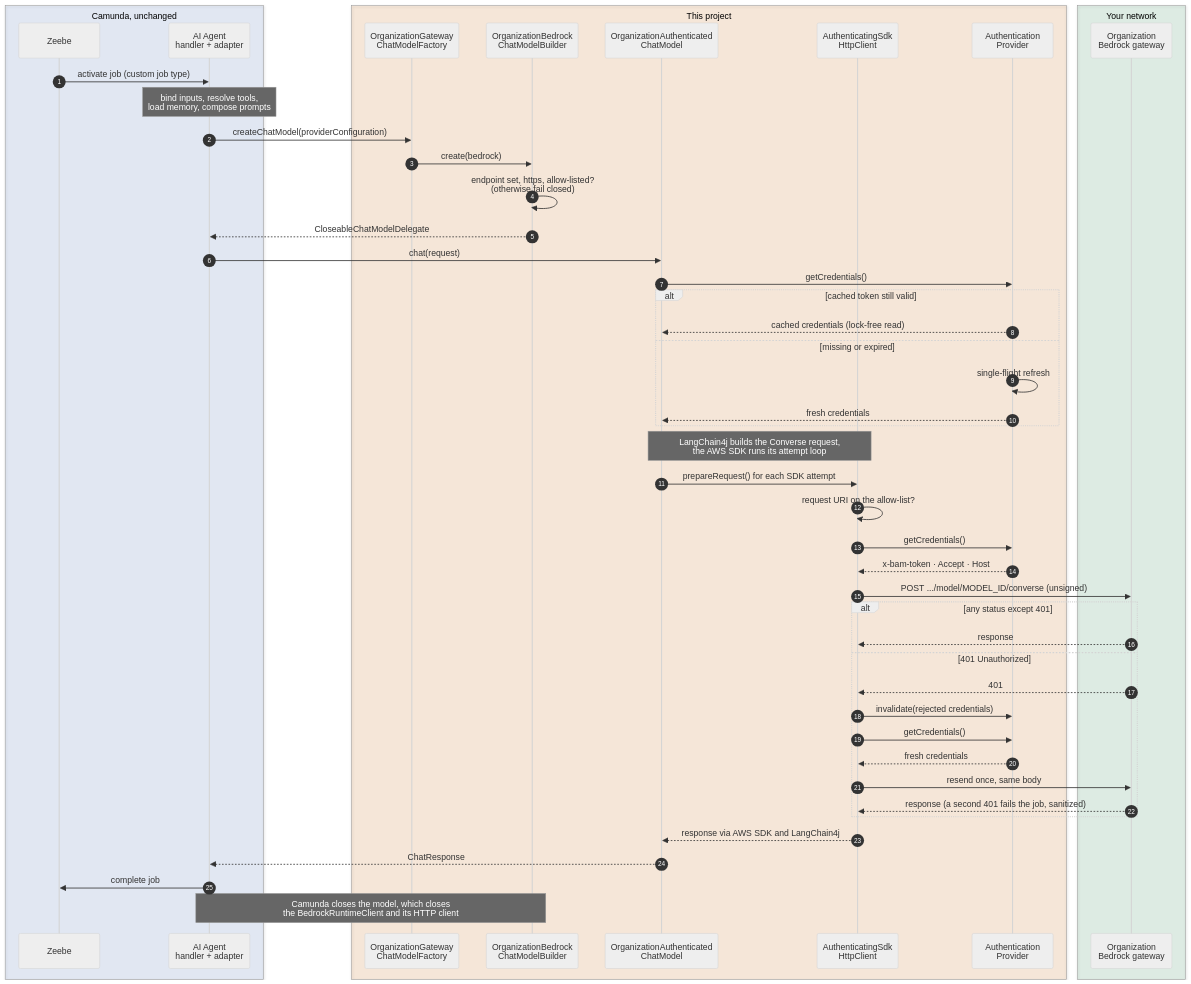
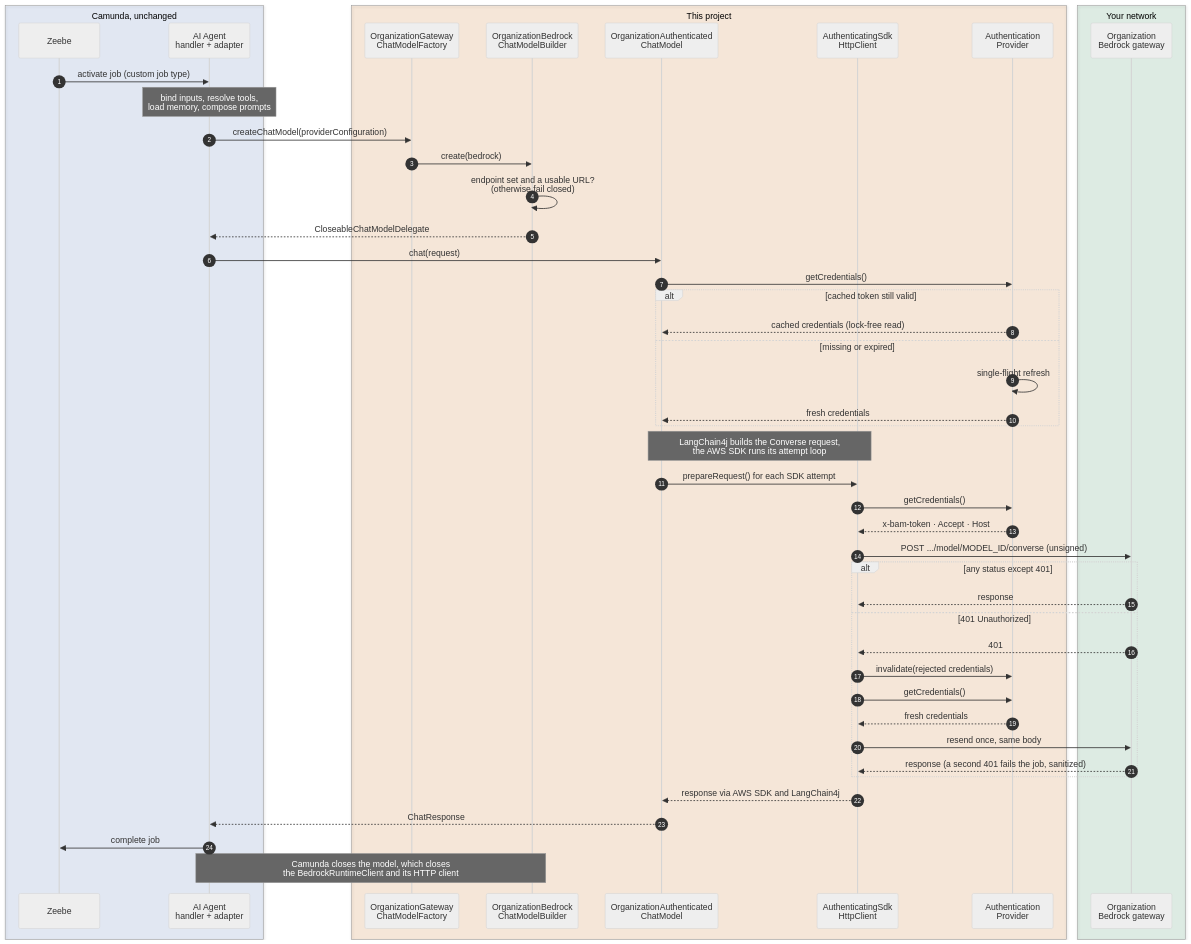
Before and after one commit to pranaykatariya/camunda-custom-bedrock-connector: the fifth of 5 diagrams in docs/ARCHITECTURE.md, drawn with Mermaid (neutral theme). The commit also changed other lines of this file and 25 other files, not shown here.

Commit message:
removed allowed list to pass any gateway endpoint

````diff
--- a/docs/ARCHITECTURE.md
+++ b/docs/ARCHITECTURE.md
@@ -235,53 +236,52 @@
 ```mermaid
 sequenceDiagram
     autonumber
     box rgba(74,123,208,0.12) Camunda, unchanged
         participant Z as Zeebe
         participant A as AI Agent<br/>handler + adapter
     end
     box rgba(240,138,36,0.14) This project
         participant F as OrganizationGateway<br/>ChatModelFactory
         participant B as OrganizationBedrock<br/>ChatModelBuilder
         participant M as OrganizationAuthenticated<br/>ChatModel
         participant H as AuthenticatingSdk<br/>HttpClient
         participant P as Authentication<br/>Provider
     end
     box rgba(46,158,91,0.12) Your network
         participant G as Organization<br/>Bedrock gateway
     end
 
     Z->>A: activate job (custom job type)
     Note over A: bind inputs, resolve tools,<br/>load memory, compose prompts
     A->>F: createChatModel(providerConfiguration)
     F->>B: create(bedrock)
-    B->>B: endpoint set, https, allow-listed?<br/>(otherwise fail closed)
+    B->>B: endpoint set and a usable URL?<br/>(otherwise fail closed)
     B-->>A: CloseableChatModelDelegate
     A->>M: chat(request)
     M->>P: getCredentials()
     alt cached token still valid
         P-->>M: cached credentials (lock-free read)
     else missing or expired
         P->>P: single-flight refresh
         P-->>M: fresh credentials
     end
     Note over M,H: LangChain4j builds the Converse request,<br/>the AWS SDK runs its attempt loop
     M->>H: prepareRequest() for each SDK attempt
-    H->>H: request URI on the allow-list?
     H->>P: getCredentials()
     P-->>H: x-bam-token · Accept · Host
     H->>G: POST .../model/MODEL_ID/converse (unsigned)
     alt any status except 401
         G-->>H: response
     else 401 Unauthorized
         G-->>H: 401
         H->>P: invalidate(rejected credentials)
         H->>P: getCredentials()
         P-->>H: fresh credentials
         H->>G: resend once, same body
         G-->>H: response (a second 401 fails the job, sanitized)
     end
     H-->>M: response via AWS SDK and LangChain4j
     M-->>A: ChatResponse
     A->>Z: complete job
     Note over A,B: Camunda closes the model, which closes<br/>the BedrockRuntimeClient and its HTTP client
 ```
````
